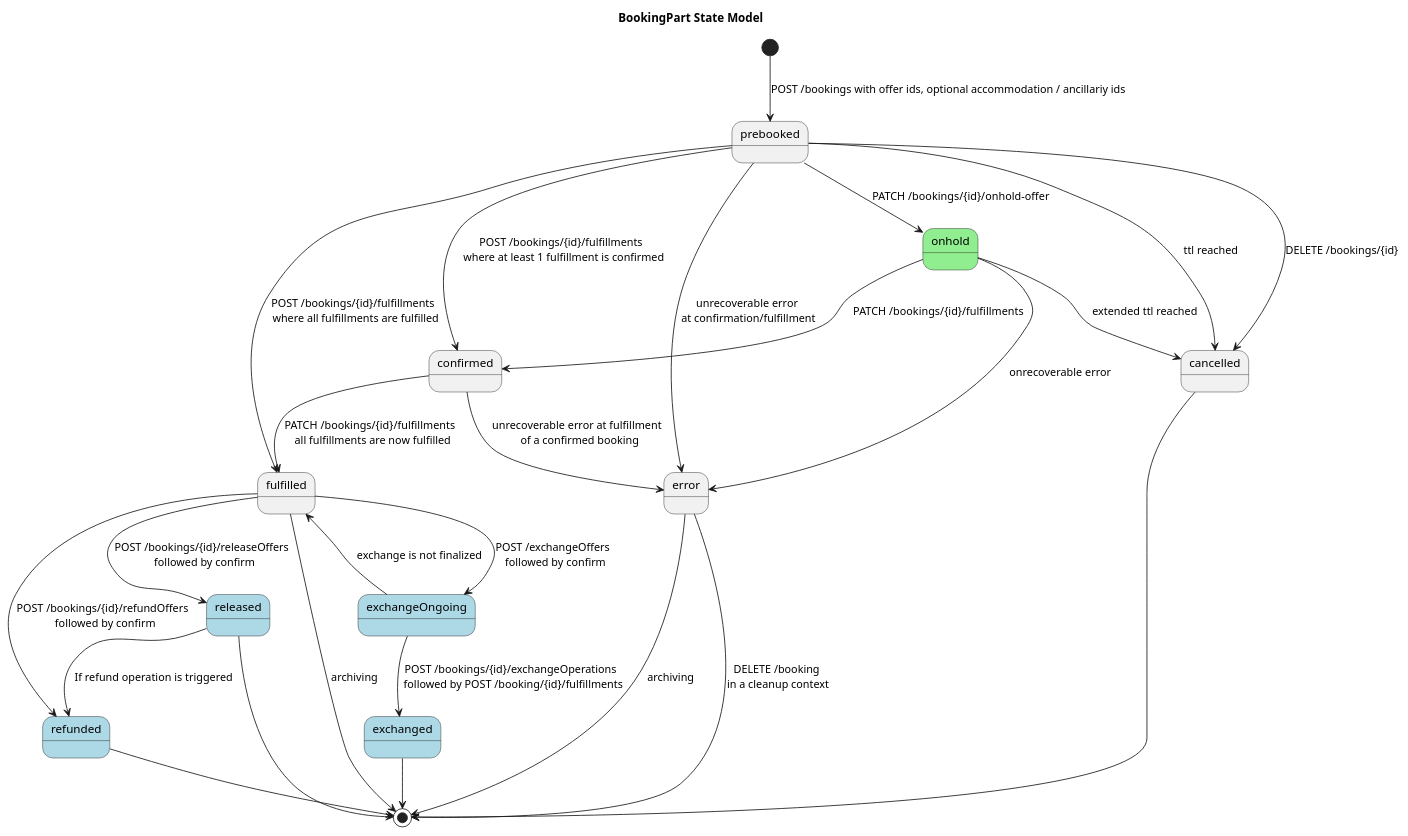
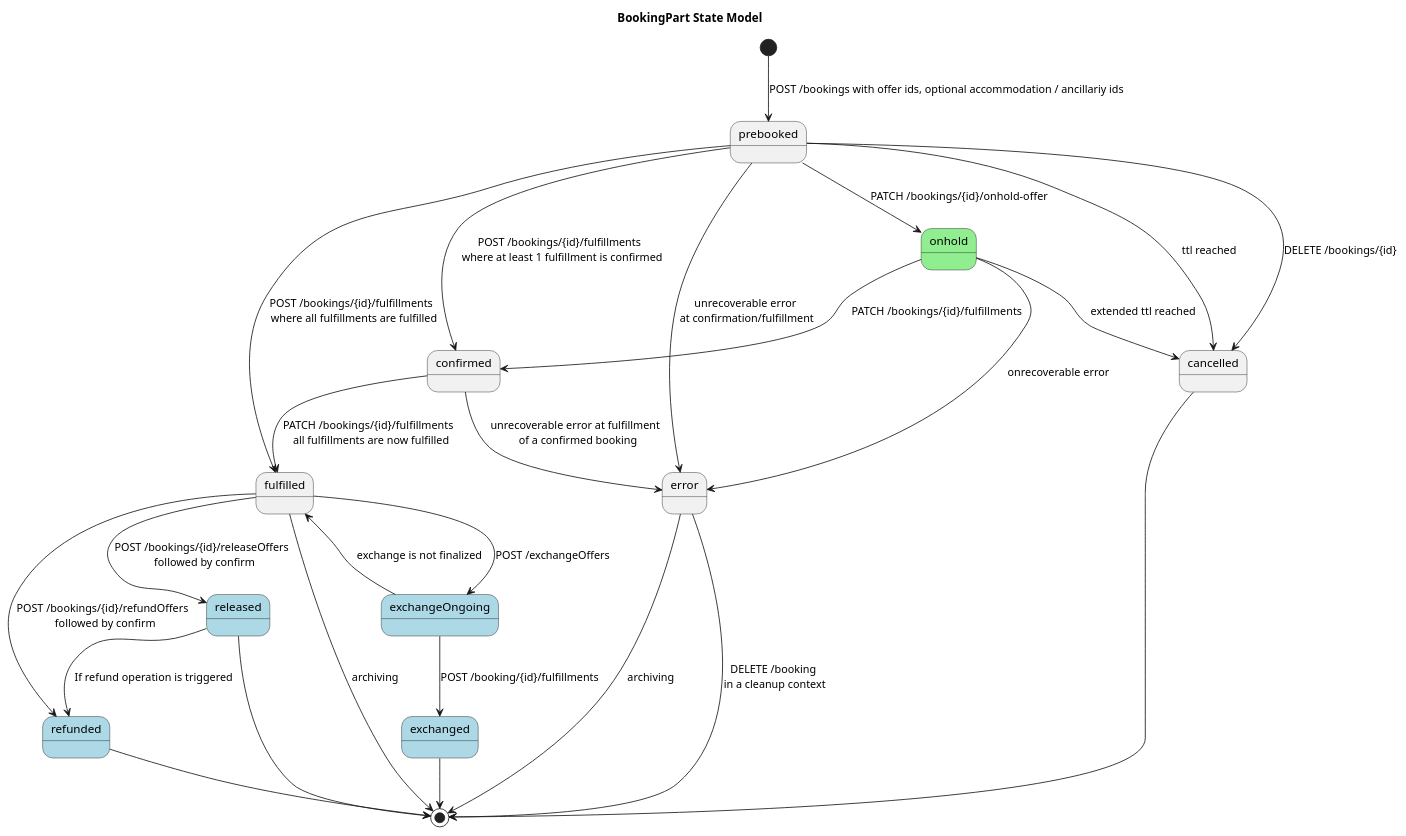
The diagram in images/models/booking-state-model.puml (UnionInternationalCheminsdeFer/OSDM), drawn with PlantUML before and after one commit.

Commit message:
exchange fixed

```diff
--- a/images/models/booking-state-model.puml
+++ b/images/models/booking-state-model.puml
@@ -1,47 +1,47 @@
 @startuml
 
 title "BookingPart State Model"
 
 state onhold #LightGreen
 
 state refunded #LightBlue
 state released #LightBlue
 state exchangeOngoing #LightBlue
 state exchanged #LightBlue
 
 [*] --> prebooked : POST /bookings with offer ids, optional accommodation / ancillariy ids
 prebooked --> confirmed: POST /bookings/{id}/fulfillments \n where at least 1 fulfillment is confirmed
 prebooked --> cancelled: DELETE /bookings/{id}
 prebooked --> cancelled: ttl reached
 prebooked --> error: unrecoverable error \nat confirmation/fulfillment
 prebooked --> fulfilled: POST /bookings/{id}/fulfillments \n where all fulfillments are fulfilled
 prebooked --> onhold: PATCH /bookings/{id}/onhold-offer
 
 onhold --> confirmed: PATCH /bookings/{id}/fulfillments
 onhold --> cancelled: extended ttl reached
 onhold --> error: onrecoverable error 
 
 confirmed --> fulfilled: PATCH /bookings/{id}/fulfillments \n all fulfillments are now fulfilled
 confirmed --> error: unrecoverable error at fulfillment \n of a confirmed booking
 
 fulfilled --> refunded: POST /bookings/{id}/refundOffers \n followed by confirm
-fulfilled --> exchangeOngoing: POST /exchangeOffers \n followed by confirm
+fulfilled --> exchangeOngoing: POST /exchangeOffers 
 fulfilled --> released: POST /bookings/{id}/releaseOffers \n followed by confirm
 fulfilled --> [*] : archiving
 
 cancelled --> [*]
 
 refunded --> [*]
 
-exchangeOngoing --> exchanged: POST /bookings/{id}/exchangeOperations \n followed by POST /booking/{id}/fulfillments
+exchangeOngoing --> exchanged: POST /booking/{id}/fulfillments
 exchangeOngoing --> fulfilled: exchange is not finalized
 
 exchanged --> [*]
 
 released --> refunded: If refund operation is triggered
 released --> [*]
 
 error --> [*] : DELETE /booking \nin a cleanup context
 error --> [*] : archiving
 
 @enduml
```
